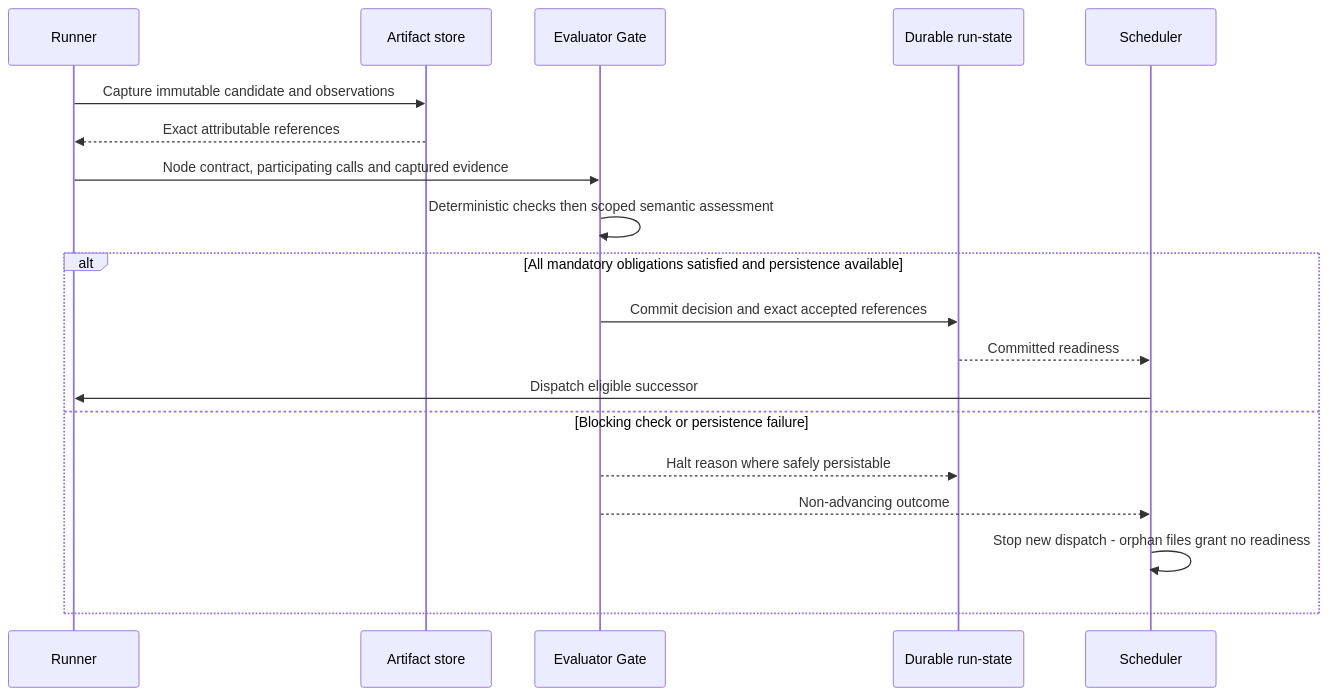
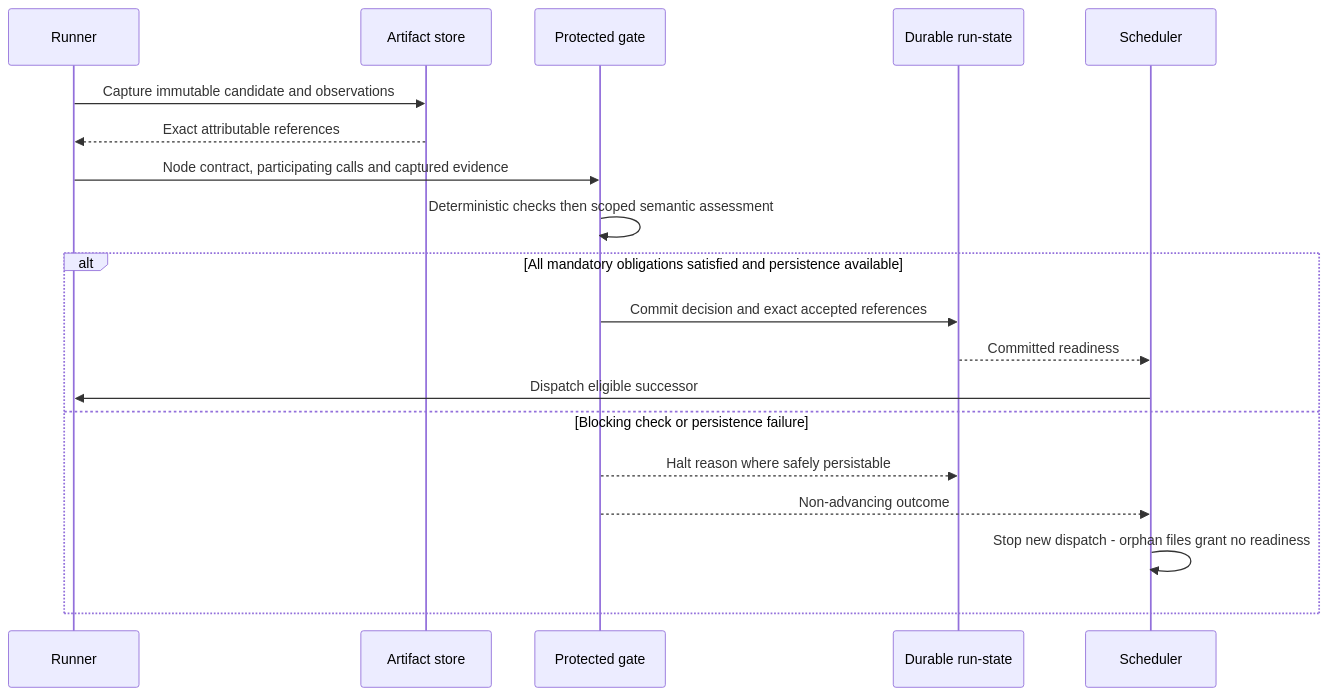
Before and after one commit to Stellven/jiuwenswarm: the second of 2 diagrams in docs/architecture/design-package/research-design.md, drawn with Mermaid. The commit also changed other lines of this file and 86 other files, not shown here.

Commit message:
docs: fix stale diagrams and matching prose; re-render all views

````diff
--- a/docs/architecture/design-package/research-design.md
+++ b/docs/architecture/design-package/research-design.md
@@ -86,21 +86,21 @@
 ```mermaid
 sequenceDiagram
     participant R as Runner
     participant F as Artifact store
-    participant V as Evaluator Gate
+    participant V as Protected gate
     participant S as Durable run-state
     participant H as Scheduler
     R->>F: Capture immutable candidate and observations
     F-->>R: Exact attributable references
     R->>V: Node contract, participating calls and captured evidence
     V->>V: Deterministic checks then scoped semantic assessment
     alt All mandatory obligations satisfied and persistence available
         V->>S: Commit decision and exact accepted references
         S-->>H: Committed readiness
         H->>R: Dispatch eligible successor
     else Blocking check or persistence failure
         V-->>S: Halt reason where safely persistable
         V-->>H: Non-advancing outcome
         H->>H: Stop new dispatch - orphan files grant no readiness
     end
 ```
````
